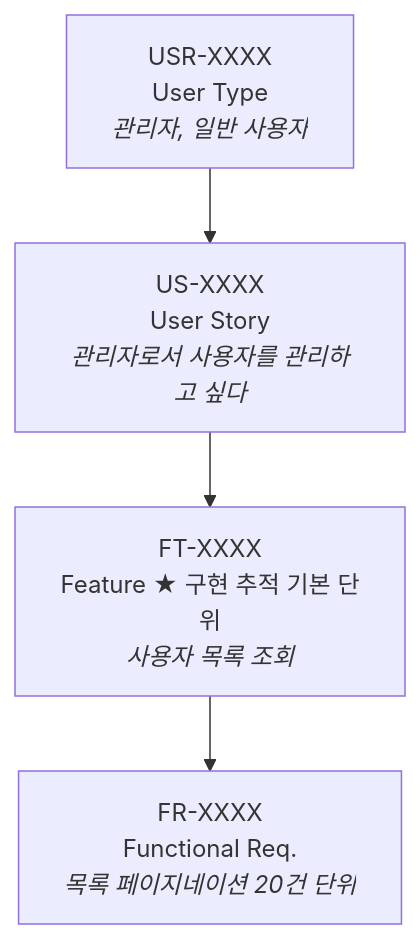
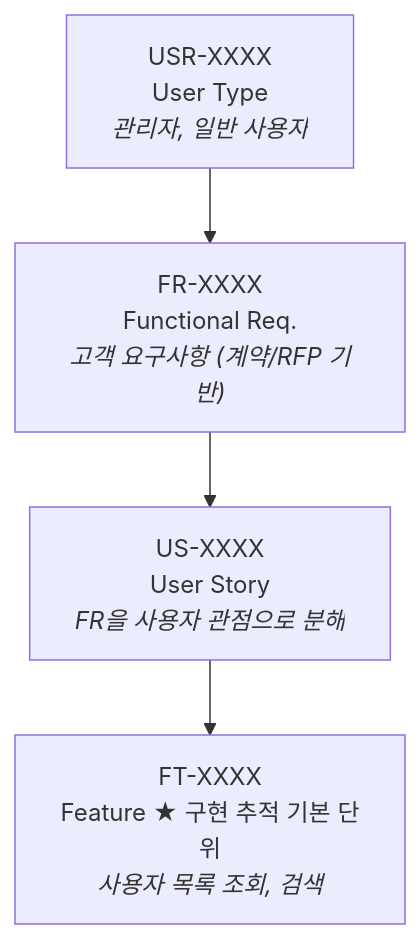
The third of 5 diagrams in README.md (upleat-ax/u-maker-plugin), drawn with Mermaid before and after one commit. The commit also changed other lines of this file and 18 other files, not shown here.

````diff
--- a/README.md
+++ b/README.md
@@ -249,8 +250,8 @@
 ```mermaid
 flowchart TD
     USR["USR-XXXX<br/>User Type<br/><i>관리자, 일반 사용자</i>"]
-    US["US-XXXX<br/>User Story<br/><i>관리자로서 사용자를 관리하고 싶다</i>"]
-    FT["FT-XXXX<br/>Feature ★ 구현 추적 기본 단위<br/><i>사용자 목록 조회</i>"]
-    FR["FR-XXXX<br/>Functional Req.<br/><i>목록 페이지네이션 20건 단위</i>"]
-    USR --> US --> FT --> FR
+    FR["FR-XXXX<br/>Functional Req.<br/><i>고객 요구사항 (계약/RFP 기반)</i>"]
+    US["US-XXXX<br/>User Story<br/><i>FR을 사용자 관점으로 분해</i>"]
+    FT["FT-XXXX<br/>Feature ★ 구현 추적 기본 단위<br/><i>사용자 목록 조회, 검색</i>"]
+    USR --> FR --> US --> FT
 ```
````
